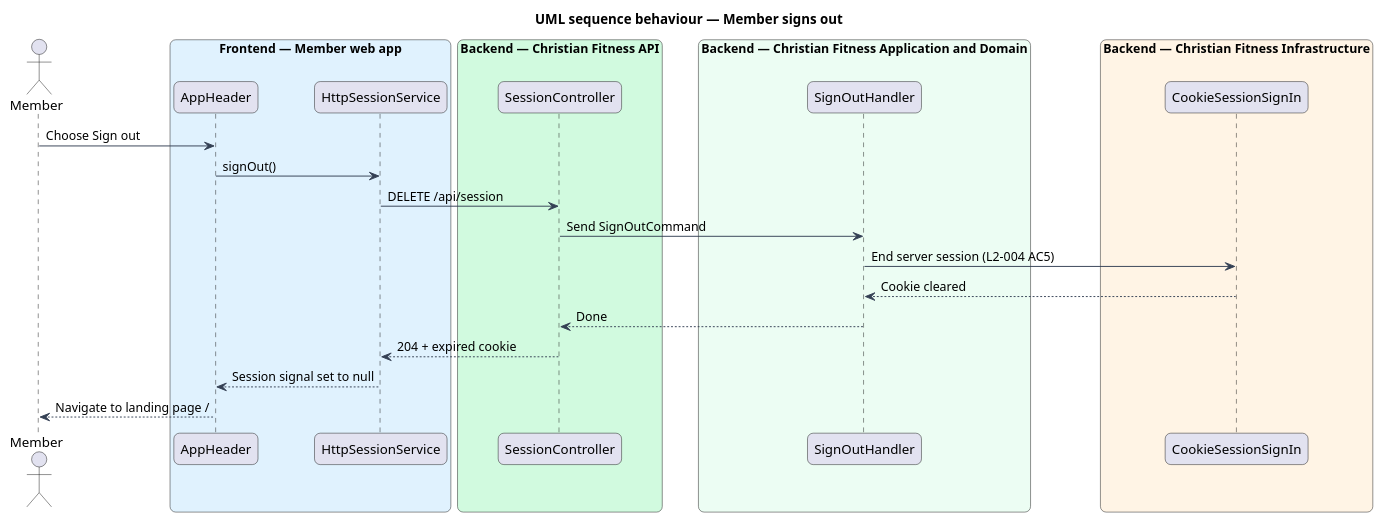
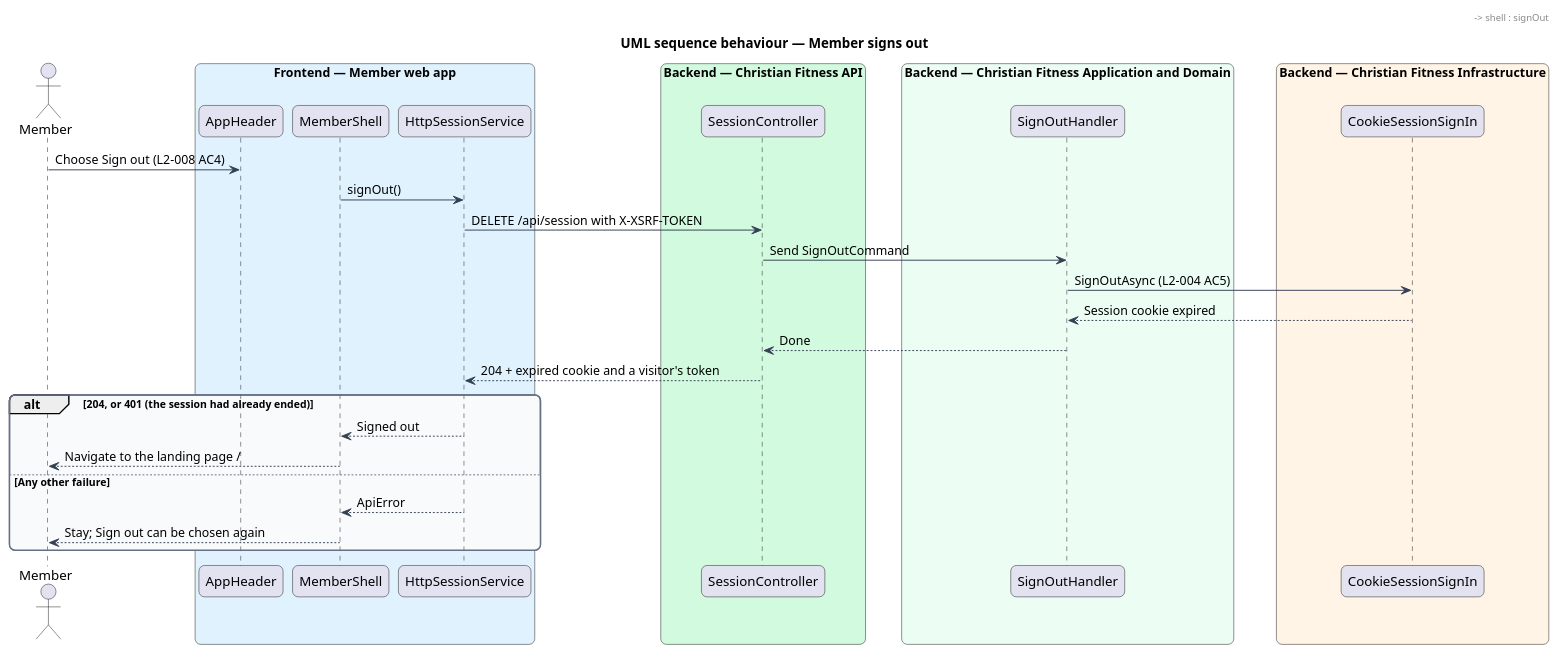
The diagram in docs/detailed-designs/member-access/sign-in-and-out/diagrams/sequence-sign-out.puml (QuinntyneBrown/christian-fitness), drawn with PlantUML before and after one commit. The commit also changed 94 other files, not shown here.

First line of the commit message:
Design slice 3.1: sign in and sign out

```diff
--- a/docs/detailed-designs/member-access/sign-in-and-out/diagrams/sequence-sign-out.puml
+++ b/docs/detailed-designs/member-access/sign-in-and-out/diagrams/sequence-sign-out.puml
@@ -1,41 +1,48 @@
 @startuml
 title UML sequence behaviour — Member signs out
 skinparam backgroundColor #FFFFFF
 skinparam shadowing false
 skinparam roundcorner 12
 skinparam defaultFontName Arial
 skinparam ArrowColor #344054
 skinparam rectangle {
   BorderColor #344054
   FontColor #101828
 }
 skinparam package {
   BorderColor #667085
   FontColor #101828
   BackgroundColor #F9FAFB
 }
 actor "Member" as actor
 box "Frontend — Member web app" #E0F2FE
-  participant "AppHeader" as page
+  participant "AppHeader" as header
+  participant "MemberShell" as shell
   participant "HttpSessionService" as client
 end box
 box "Backend — Christian Fitness API" #D1FADF
   participant "SessionController" as ctrl
 end box
 box "Backend — Christian Fitness Application and Domain" #ECFDF3
   participant "SignOutHandler" as h
 end box
 box "Backend — Christian Fitness Infrastructure" #FFF4E5
   participant "CookieSessionSignIn" as sess
 end box
-actor -> page : Choose Sign out
-page -> client : signOut()
-client -> ctrl : DELETE /api/session
+actor -> header : Choose Sign out (L2-008 AC4)
+header -> shell : signOut
+shell -> client : signOut()
+client -> ctrl : DELETE /api/session with X-XSRF-TOKEN
 ctrl -> h : Send SignOutCommand
-h -> sess : End server session (L2-004 AC5)
-sess --> h : Cookie cleared
+h -> sess : SignOutAsync (L2-004 AC5)
+sess --> h : Session cookie expired
 h --> ctrl : Done
-ctrl --> client : 204 + expired cookie
-client --> page : Session signal set to null
-page --> actor : Navigate to landing page /
+ctrl --> client : 204 + expired cookie and a visitor's token
+alt 204, or 401 (the session had already ended)
+  client --> shell : Signed out
+  shell --> actor : Navigate to the landing page /
+else Any other failure
+  client --> shell : ApiError
+  shell --> actor : Stay; Sign out can be chosen again
+end
 @enduml
```
